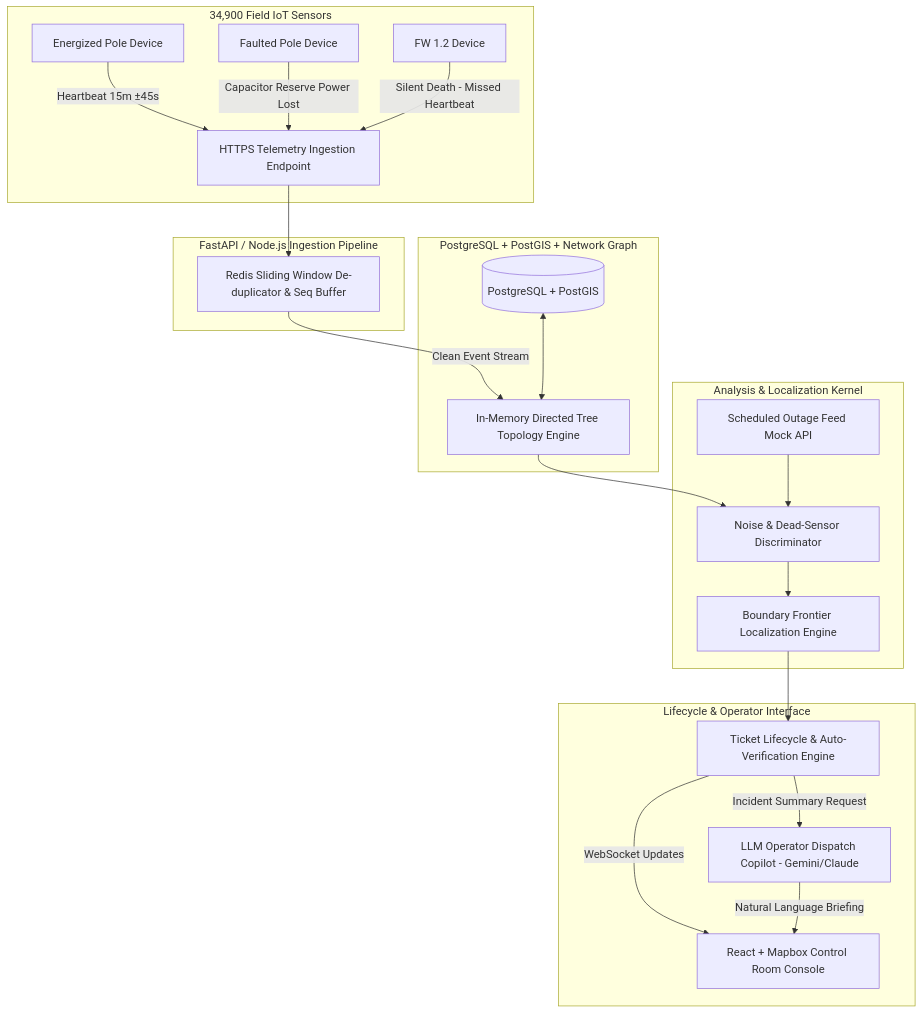
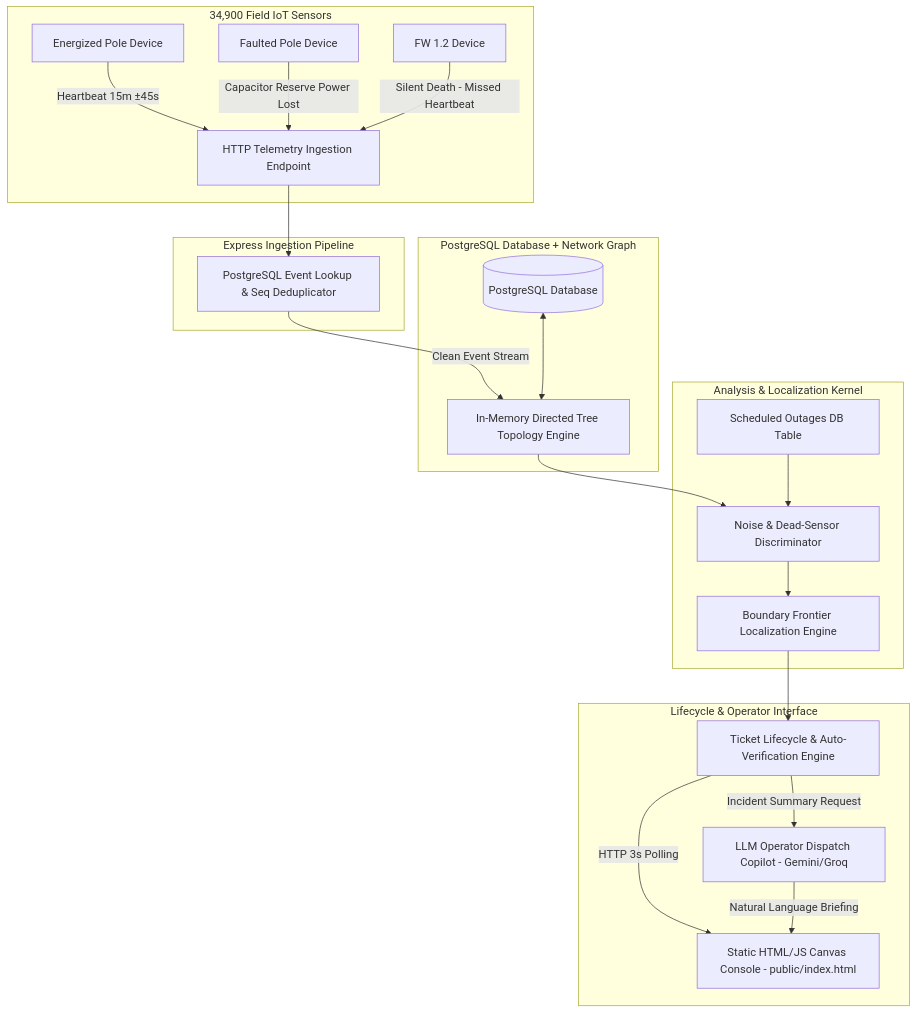
The diagram in ARCHITECTURE.md (Raviranjan010/propel), drawn with Mermaid before and after one commit. The commit also changed other lines of this file and 4 other files, not shown here.

Commit message:
refactor: replace Redis-based ingestion with PostgreSQL-native deduplication and update topology construction to use greedy nearest-neighbor logic.

````diff
--- a/ARCHITECTURE.md
+++ b/ARCHITECTURE.md
@@ -9,42 +9,42 @@
 ```mermaid
 flowchart TD
     subgraph IoT Field Fleet [34,900 Field IoT Sensors]
         P_Live[Energized Pole Device] -->|Heartbeat 15m ±45s| IngestAPI
         P_Fault[Faulted Pole Device] -->|Capacitor Reserve Power Lost| IngestAPI
         P_FW12[FW 1.2 Device] -->|Silent Death - Missed Heartbeat| IngestAPI
     end
 
-    subgraph Ingestion Layer [FastAPI / Node.js Ingestion Pipeline]
-        IngestAPI[HTTPS Telemetry Ingestion Endpoint]
-        Deduper[Redis Sliding Window De-duplicator & Seq Buffer]
+    subgraph Ingestion Layer [Express Ingestion Pipeline]
+        IngestAPI[HTTP Telemetry Ingestion Endpoint]
+        Deduper[PostgreSQL Event Lookup & Seq Deduplicator]
         IngestAPI --> Deduper
     end
 
-    subgraph Storage & Topology Engine [PostgreSQL + PostGIS + Network Graph]
-        DB[(PostgreSQL + PostGIS)]
+    subgraph Storage & Topology Engine [PostgreSQL Database + Network Graph]
+        DB[(PostgreSQL Database)]
         GraphEngine[In-Memory Directed Tree Topology Engine]
         Deduper -->|Clean Event Stream| GraphEngine
         DB <--> GraphEngine
     end
 
     subgraph Analysis & Localization Kernel
-        SchedFeed[Scheduled Outage Feed Mock API]
+        SchedFeed[Scheduled Outages DB Table]
         NoiseFilter[Noise & Dead-Sensor Discriminator]
         LocAlgo[Boundary Frontier Localization Engine]
         
         GraphEngine --> NoiseFilter
         SchedFeed --> NoiseFilter
         NoiseFilter --> LocAlgo
     end
 
     subgraph Lifecycle & Operator Interface
         TicketEngine[Ticket Lifecycle & Auto-Verification Engine]
-        OperatorUI[React + Mapbox Control Room Console]
-        AICopilot[LLM Operator Dispatch Copilot - Gemini/Claude]
+        OperatorUI[Static HTML/JS Canvas Console - public/index.html]
+        AICopilot[LLM Operator Dispatch Copilot - Gemini/Groq]
 
         LocAlgo --> TicketEngine
-        TicketEngine -->|WebSocket Updates| OperatorUI
+        TicketEngine -->|HTTP 3s Polling| OperatorUI
         TicketEngine -->|Incident Summary Request| AICopilot
         AICopilot -->|Natural Language Briefing| OperatorUI
     end
 ```
````
